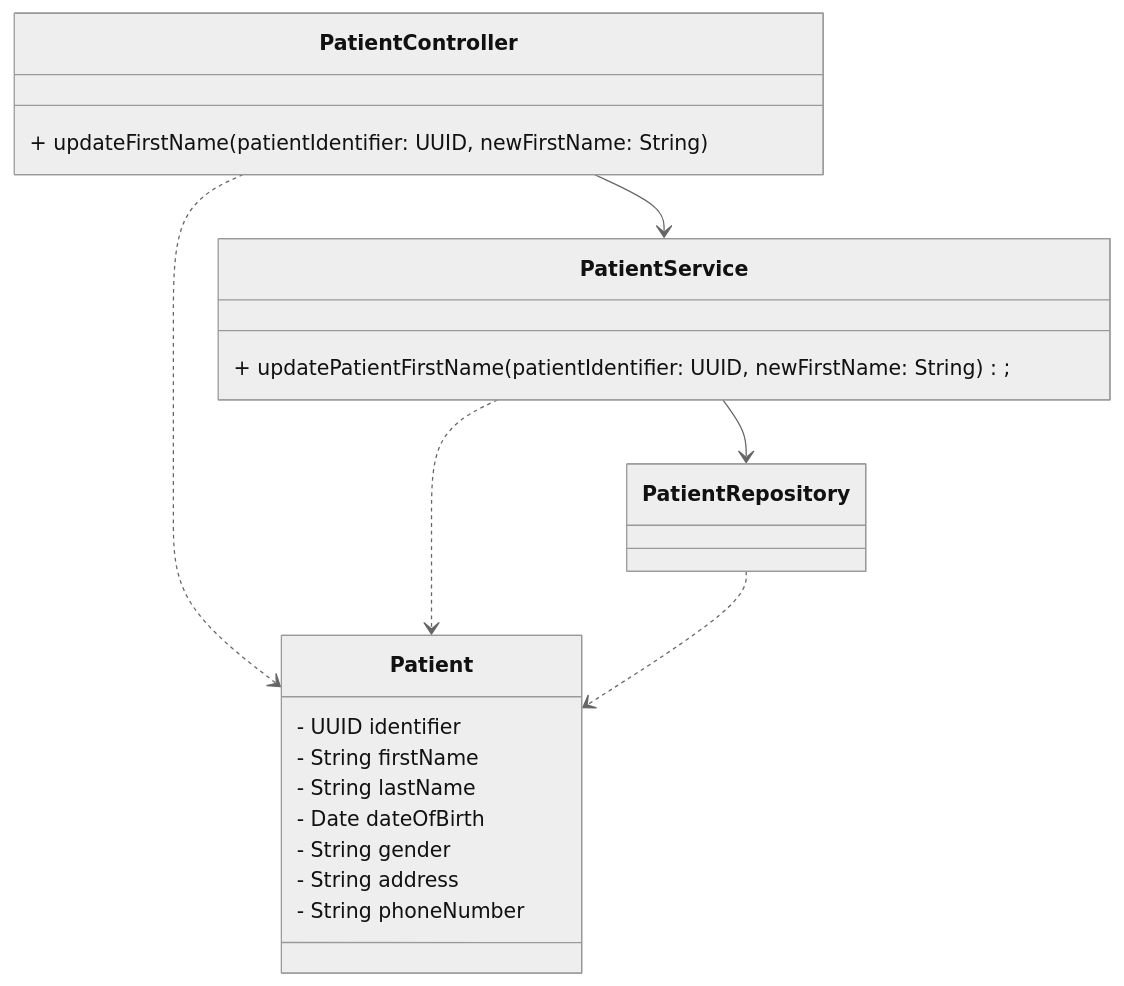
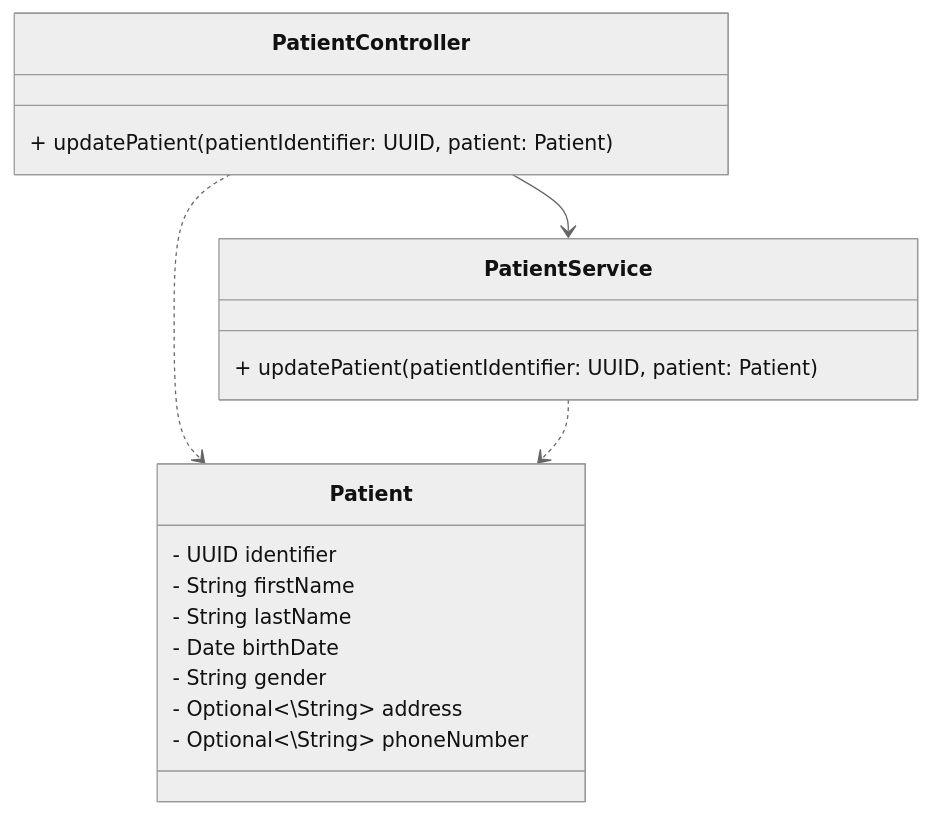
One commit to Swymn/VENTURE-Ugo-P9-Java changed the diagram in medilab/backend/doc/design.md. Above: the diagram before and after it, drawn with Mermaid (neutral theme). The commit also changed 7 other files, not shown here.

````diff
--- a/medilab/backend/doc/design.md
+++ b/medilab/backend/doc/design.md
@@ -3,30 +3,26 @@
 ```mermaid
 classDiagram
     class PatientController {
-        + updateFirstName(patientIdentifier: UUID, newFirstName: String)
+        + updatePatient(patientIdentifier: UUID, patient: Patient)
     }
 
     class PatientService {
-        + updatePatientFirstName(patientIdentifier: UUID, newFirstName: String);
+        + updatePatient(patientIdentifier: UUID, patient: Patient)
     }
-
-    class PatientRepository 
 
     class Patient {
         - UUID identifier
         - String firstName
         - String lastName
-        - Date dateOfBirth
+        - Date birthDate
         - String gender
-        - String address
-        - String phoneNumber
+        - Optional<\String> address
+        - Optional<\String> phoneNumber
     }
 
     PatientController --> PatientService
-    PatientService --> PatientRepository
 
     PatientController ..> Patient
     PatientService ..> Patient
-    PatientRepository ..> Patient
 
 ```
````
